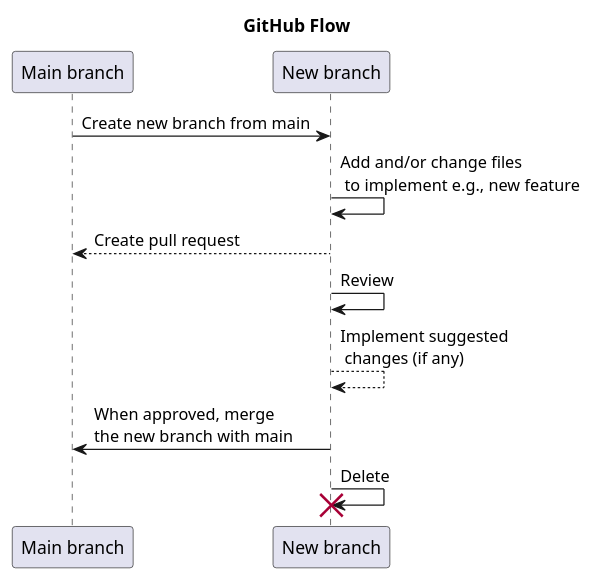
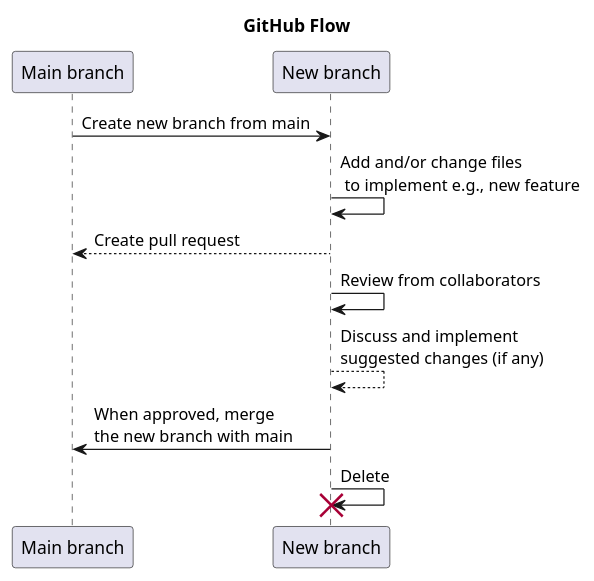
One commit to rostools/cog-flow-intro changed the diagram in github-flow.puml. Above: the diagram before and after it, drawn with PlantUML. The commit also changed 1 other file, not shown here.

Commit message:
docs: Include more text in review and suggested changes points in github flow figure

```diff
--- a/github-flow.puml
+++ b/github-flow.puml
@@ -1,12 +1,12 @@
 @startuml github-flow
 
 title GitHub Flow
 "Main branch" -> "New branch": Create new branch from main
 "New branch" -> "New branch": Add and/or change files\n to implement e.g., new feature
 "New branch" --> "Main branch": Create pull request
-"New branch" -> "New branch": Review
-"New branch" --> "New branch": Implement suggested\n changes (if any)
+"New branch" -> "New branch": Review from collaborators
+"New branch" --> "New branch": Discuss and implement\nsuggested changes (if any)
 "New branch" -> "Main branch": When approved, merge\nthe new branch with main
 "New branch" -> "New branch" !! : Delete
 
 @enduml
```
